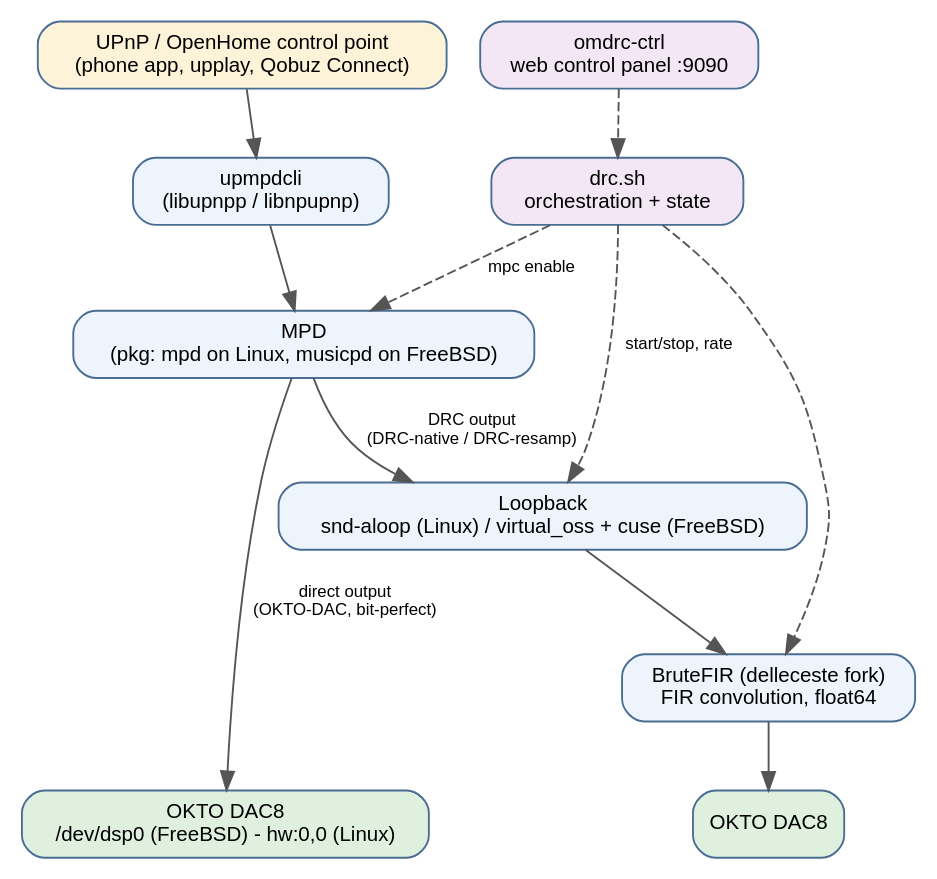
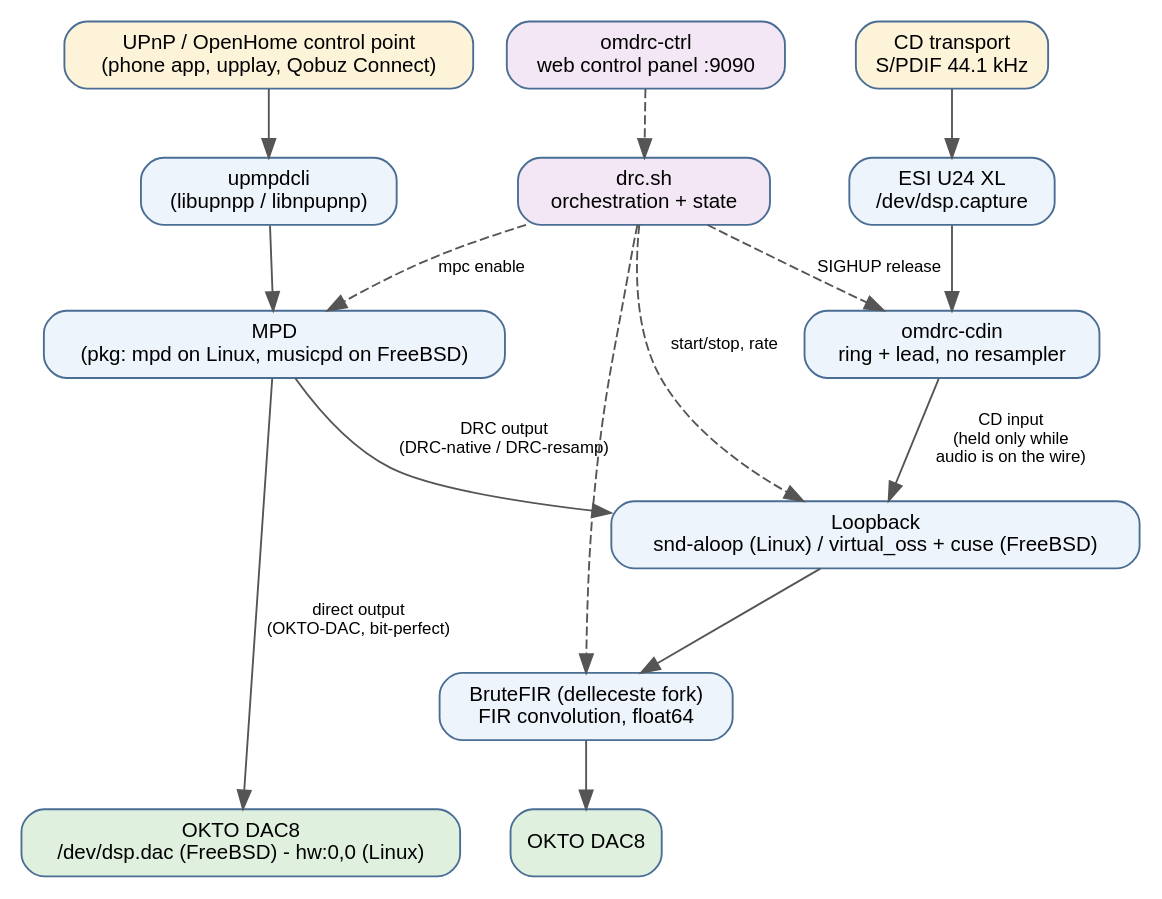
The diagram in doc/pdf/diagrams/chain-audio.dot (delleceste/open-media-drc), drawn with Graphviz before and after one commit. The commit also changed 55 other files, not shown here.

```diff
--- a/doc/pdf/diagrams/chain-audio.dot
+++ b/doc/pdf/diagrams/chain-audio.dot
@@ -1,29 +1,37 @@
 // Full audio playback chain: control front-end down to the speakers.
 digraph chain_audio {
     rankdir=TB;
     fontname="Helvetica";
     node [fontname="Helvetica", fontsize=11, shape=box, style="rounded,filled", fillcolor="#eef4fb", color="#4a6d94"];
     edge [fontname="Helvetica", fontsize=9, color="#555555"];
 
     cp      [label="UPnP / OpenHome control point\n(phone app, upplay, Qobuz Connect)", fillcolor="#fdf3d8"];
     upmpdcli[label="upmpdcli\n(libupnpp / libnpupnp)"];
     mpd     [label="MPD\n(pkg: mpd on Linux, musicpd on FreeBSD)"];
-    dacdir  [label="OKTO DAC8\n/dev/dsp0 (FreeBSD) - hw:0,0 (Linux)", fillcolor="#dff0df"];
+    dacdir  [label="OKTO DAC8\n/dev/dsp.dac (FreeBSD) - hw:0,0 (Linux)", fillcolor="#dff0df"];
     loop    [label="Loopback\nsnd-aloop (Linux) / virtual_oss + cuse (FreeBSD)"];
     bf      [label="BruteFIR (delleceste fork)\nFIR convolution, float64"];
     dacdrc  [label="OKTO DAC8", fillcolor="#dff0df"];
     ctrl    [label="omdrc-ctrl\nweb control panel :9090", fillcolor="#f3e6f5"];
     drcsh   [label="drc.sh\norchestration + state", fillcolor="#f3e6f5"];
 
+    // The second source: a live, externally clocked CD transport (FreeBSD).
+    cdp     [label="CD transport\nS/PDIF 44.1 kHz", fillcolor="#fdf3d8"];
+    esi     [label="ESI U24 XL\n/dev/dsp.capture"];
+    cdin    [label="omdrc-cdin\nring + lead, no resampler"];
+
     cp -> upmpdcli -> mpd;
     mpd -> dacdir [label="direct output\n(OKTO-DAC, bit-perfect)"];
     mpd -> loop   [label="DRC output\n(DRC-native / DRC-resamp)"];
+    cdp -> esi -> cdin;
+    cdin -> loop  [label="CD input\n(held only while\naudio is on the wire)"];
     loop -> bf -> dacdrc;
 
     drcsh -> loop  [style=dashed, label="start/stop, rate"];
     drcsh -> bf    [style=dashed];
     drcsh -> mpd   [style=dashed, label="mpc enable"];
     ctrl -> drcsh  [style=dashed];
+    drcsh -> cdin  [style=dashed, label="SIGHUP release"];
 
     { rank=same; dacdir; dacdrc; }
 }
```
